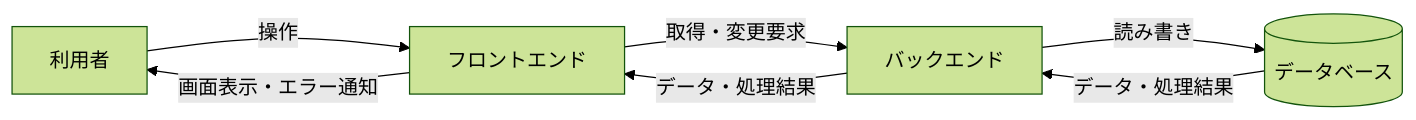
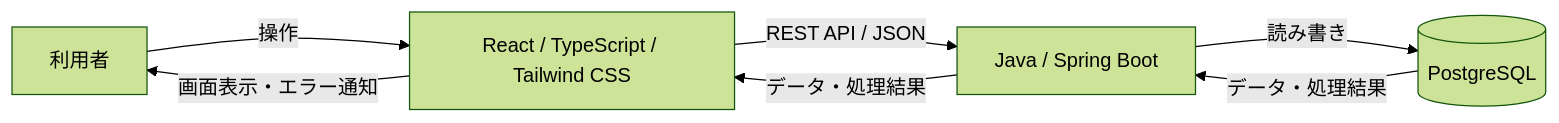
One commit to kouichiiwaoka/RaiseTech_TaskManager changed the diagram in 技術構成書.md. Above: the diagram before and after it, drawn with Mermaid (forest theme). The commit also changed other lines of this file and 4 other files, not shown here.

````diff
--- a/技術構成書.md
+++ b/技術構成書.md
@@ -22,9 +33,9 @@
 ```mermaid
 flowchart LR
-    U[利用者] -->|操作| FE[フロントエンド]
-    FE -->|取得・変更要求| BE[バックエンド]
-    BE -->|読み書き| DB[(データベース)]
+    U[利用者] -->|操作| FE[React / TypeScript / Tailwind CSS]
+    FE -->|REST API / JSON| BE[Java / Spring Boot]
+    BE -->|読み書き| DB[(PostgreSQL)]
     DB -->|データ・処理結果| BE
     BE -->|データ・処理結果| FE
     FE -->|画面表示・エラー通知| U
 ```
````
